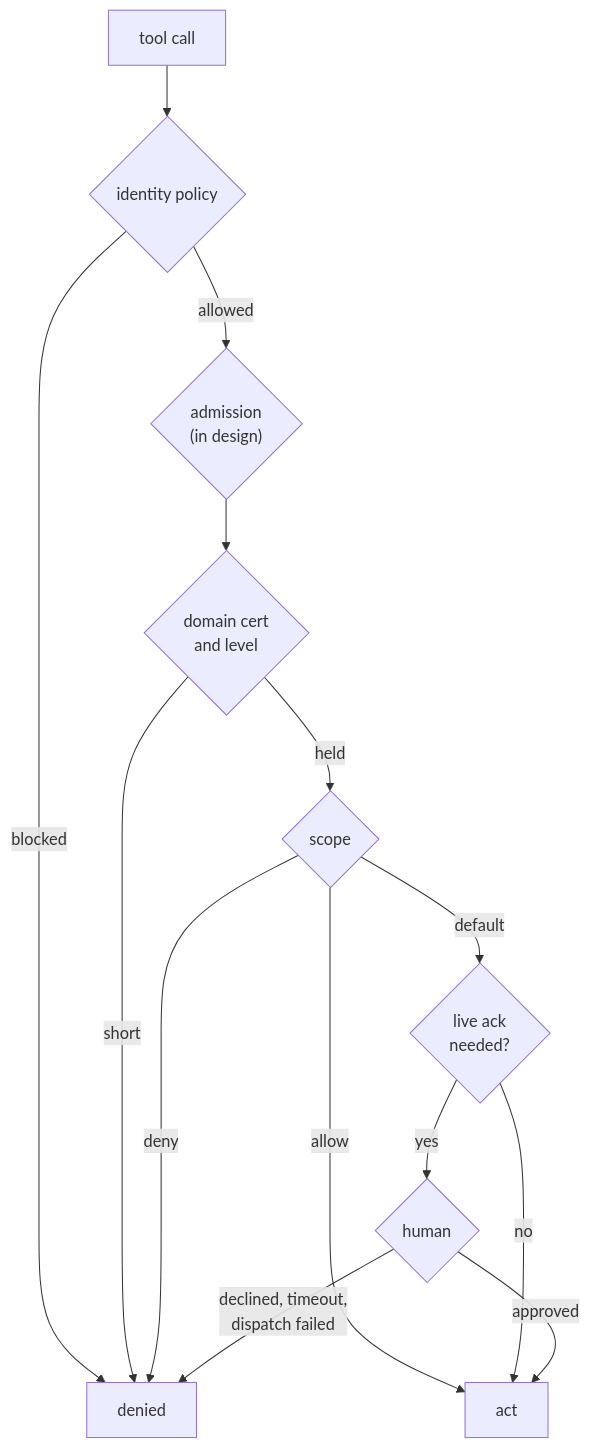
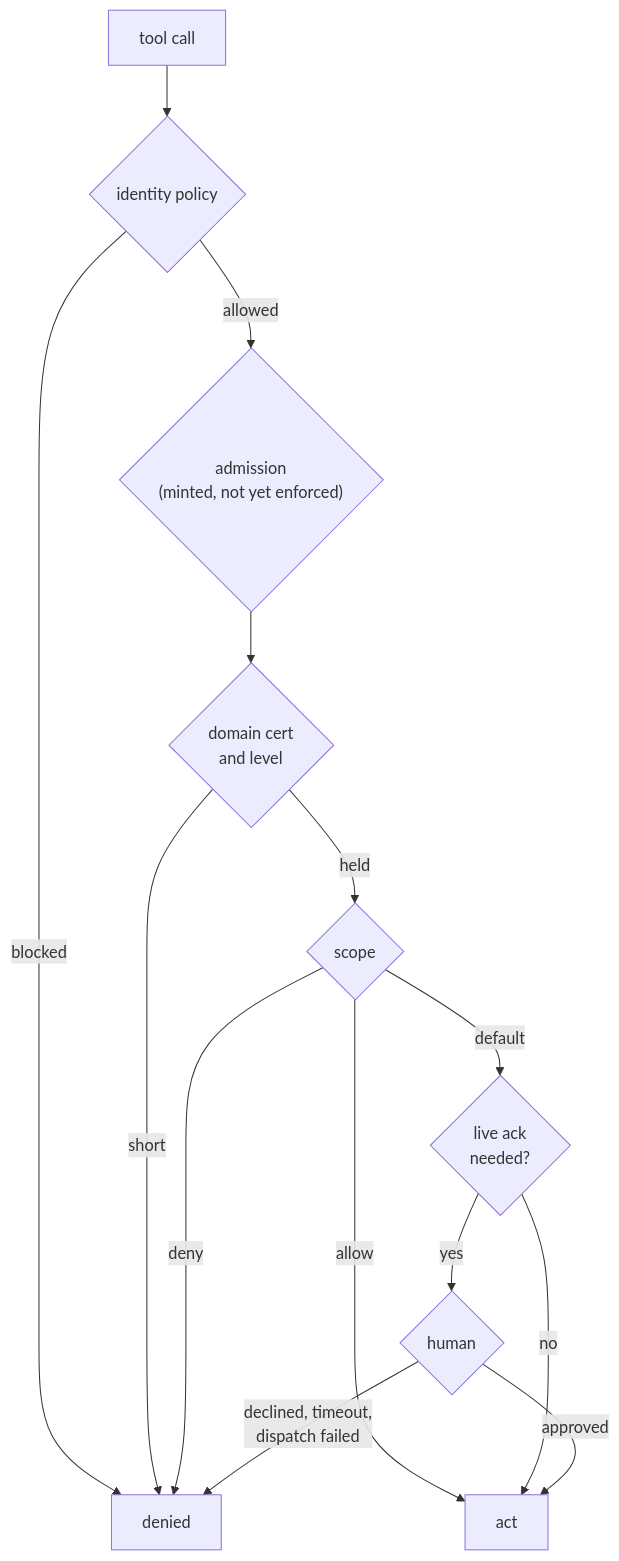
Before and after one commit to nathan-curtis/zenos-ai: the diagram in zenos_ai/docs/architecture/20_the_authority_ladder.md, drawn with Mermaid. The commit also changed other lines of this file and 6 other files, not shown here.

````diff
--- a/zenos_ai/docs/architecture/20_the_authority_ladder.md
+++ b/zenos_ai/docs/architecture/20_the_authority_ladder.md
@@ -17,16 +17,16 @@
 ```mermaid
 flowchart TD
   C["tool call"] --> I{"identity policy"}
   I -- blocked --> X["denied"]
-  I -- allowed --> AD{"admission<br/>(in design)"}
+  I -- allowed --> AD{"admission<br/>(minted, not yet enforced)"}
   AD --> DC{"domain cert<br/>and level"}
   DC -- short --> X
   DC -- held --> S{"scope"}
   S -- deny --> X
   S -- allow --> GO["act"]
   S -- default --> L{"live ack<br/>needed?"}
   L -- no --> GO
   L -- yes --> H{"human"}
   H -- approved --> GO
   H -- "declined, timeout,<br/>dispatch failed" --> X
 ```
````
